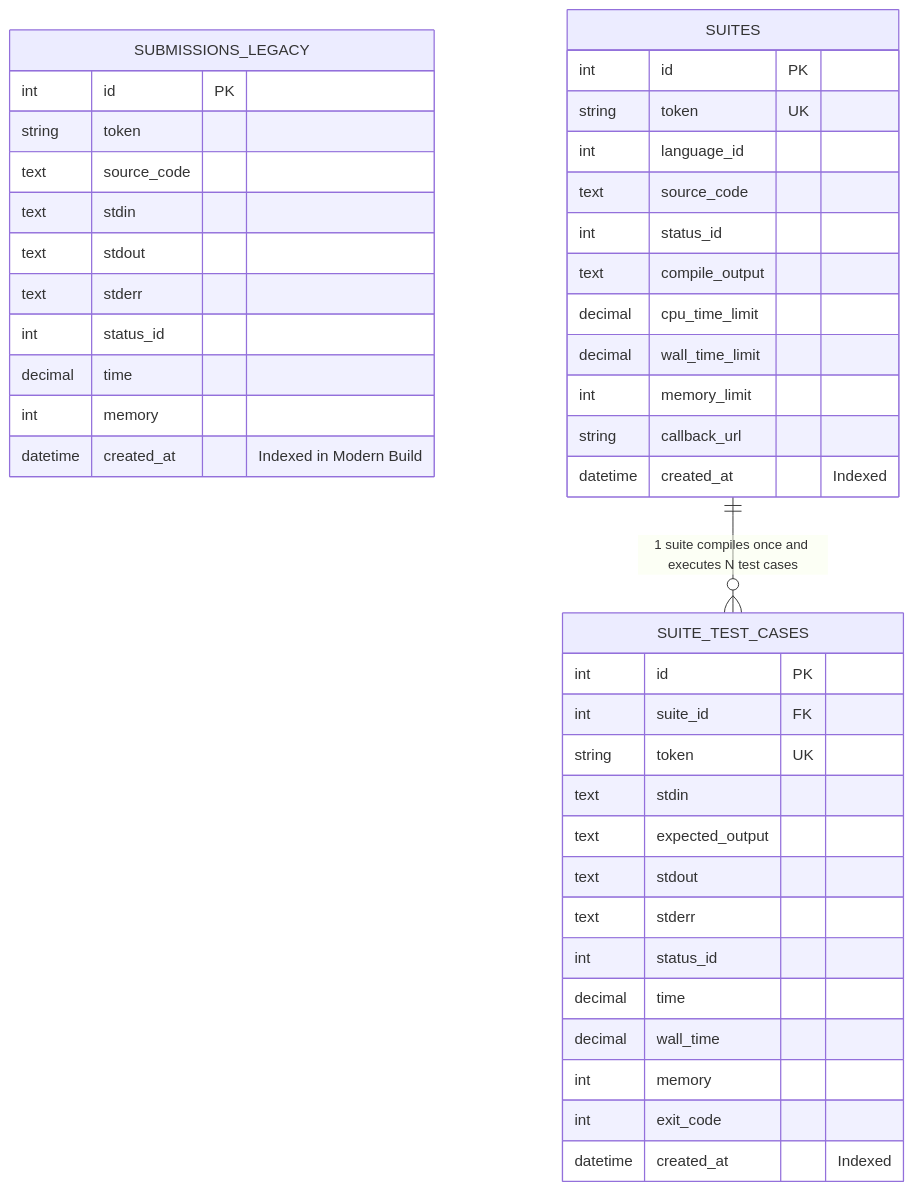
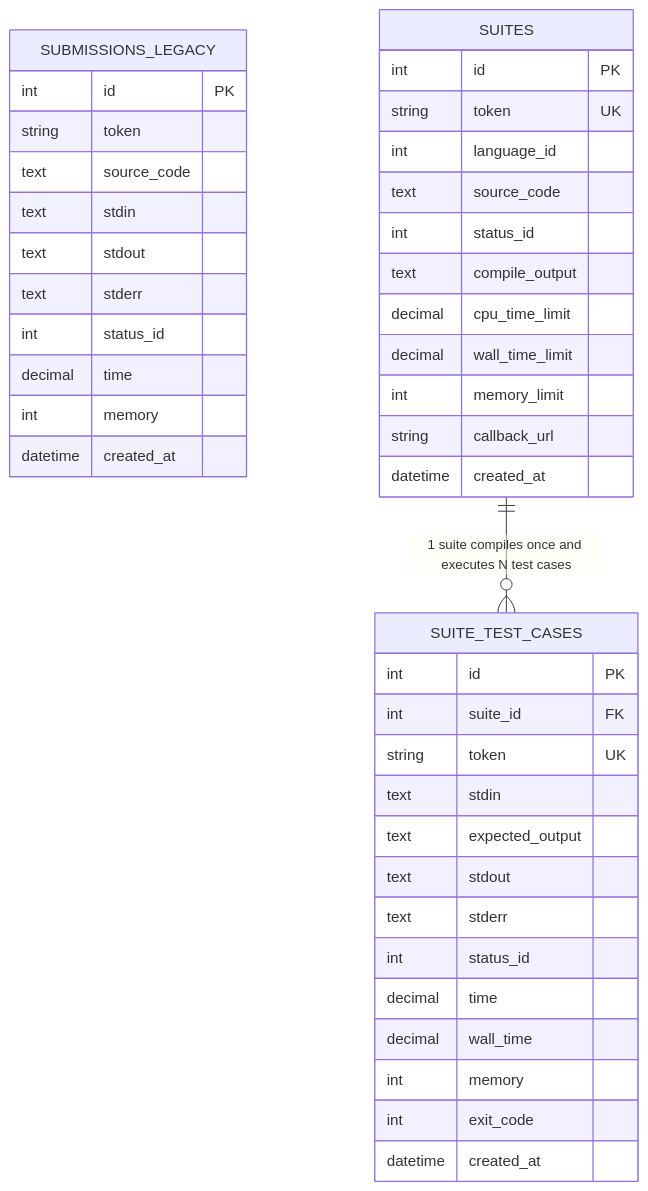
One commit to IWillPinchU/judge0 changed the third of 3 diagrams in architecture.md. Above: the diagram before and after it, drawn with Mermaid. The commit also changed other lines of this file, not shown here.

Commit message:
docs: add ASCII architecture diagrams and simplify Mermaid syntax

````diff
--- a/architecture.md
+++ b/architecture.md
@@ -70,47 +196,47 @@
 ```mermaid
 erDiagram
     SUBMISSIONS_LEGACY {
         int id PK
         string token
         text source_code
         text stdin
         text stdout
         text stderr
         int status_id
         decimal time
         int memory
-        datetime created_at "Indexed in Modern Build"
+        datetime created_at
     }
 
     SUITES {
         int id PK
         string token UK
         int language_id
         text source_code
         int status_id
         text compile_output
         decimal cpu_time_limit
         decimal wall_time_limit
         int memory_limit
         string callback_url
-        datetime created_at "Indexed"
+        datetime created_at
     }
 
     SUITE_TEST_CASES {
         int id PK
         int suite_id FK
         string token UK
         text stdin
         text expected_output
         text stdout
         text stderr
         int status_id
         decimal time
         decimal wall_time
         int memory
         int exit_code
-        datetime created_at "Indexed"
+        datetime created_at
     }
 
     SUITES ||--o{ SUITE_TEST_CASES : "1 suite compiles once and executes N test cases"
 ```
````
